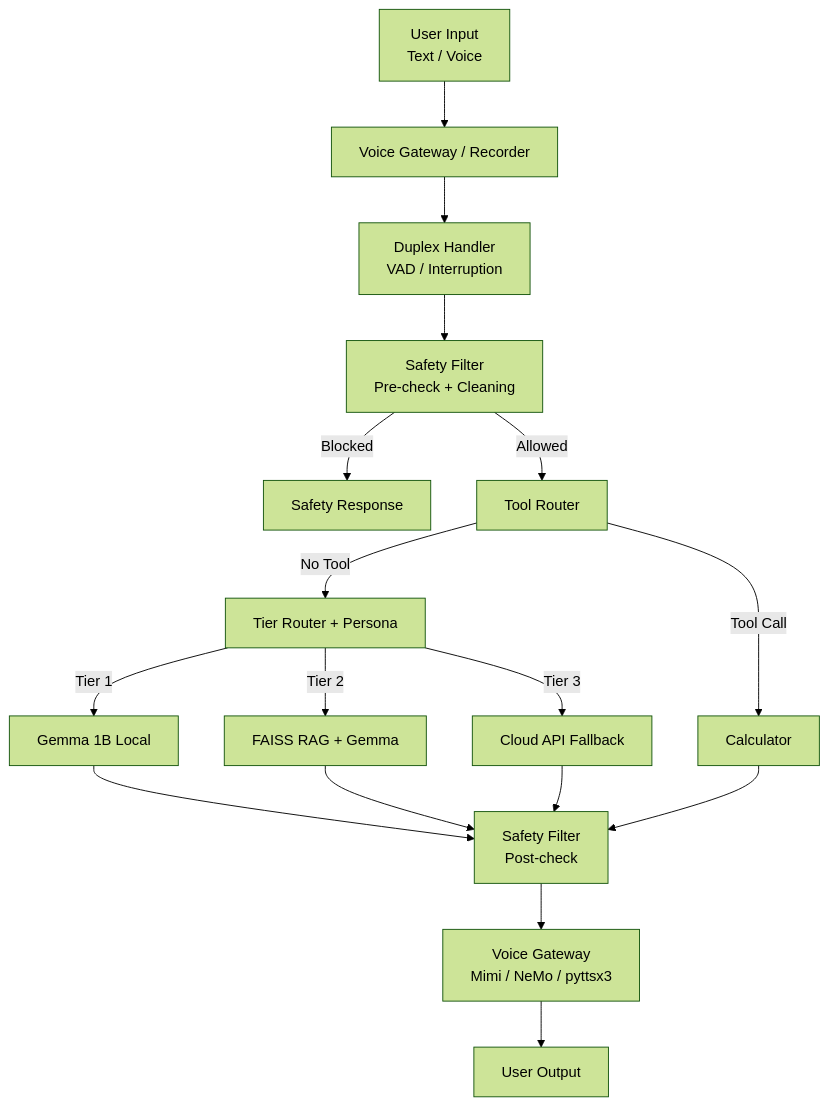
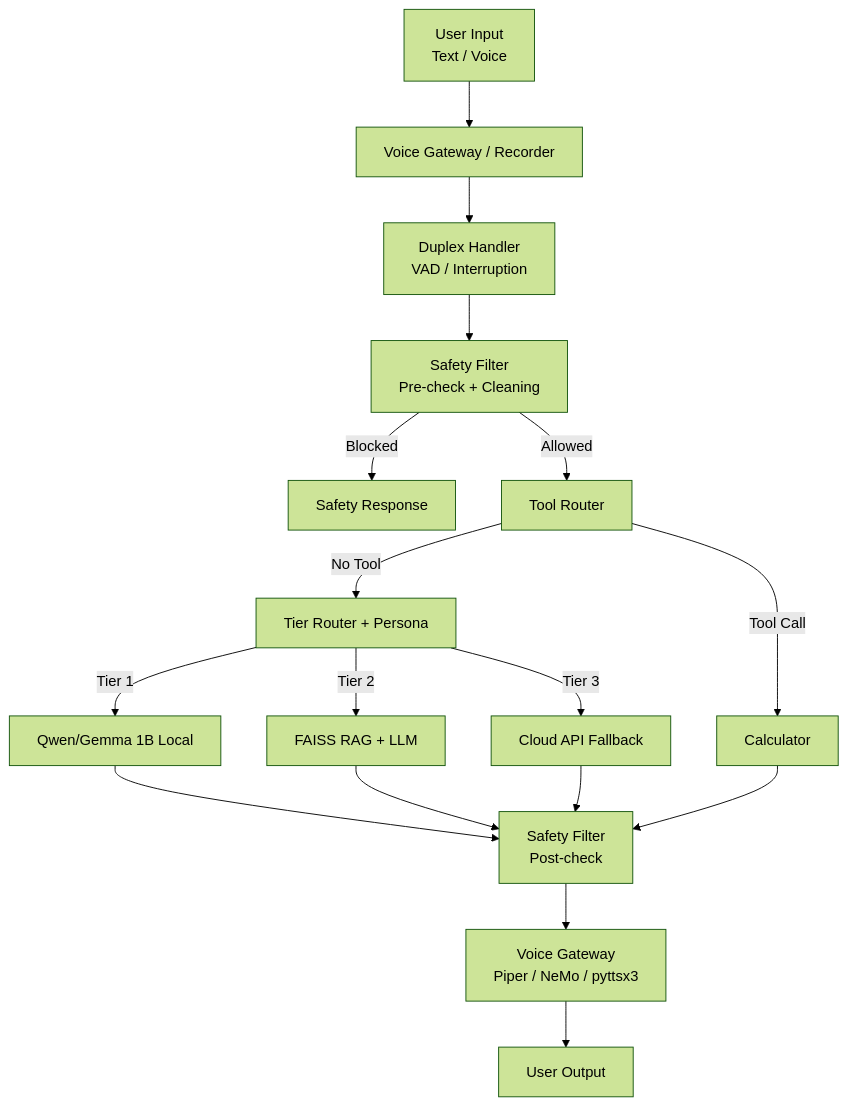
One commit to Alartist40/elara changed the diagram in Architecture.md. Above: the diagram before and after it, drawn with Mermaid (forest theme). The commit also changed other lines of this file and 22 other files, not shown here.

````diff
--- a/Architecture.md
+++ b/Architecture.md
@@ -5,23 +5,23 @@
 ```mermaid
 graph TD
     A[User Input<br/>Text / Voice] --> B[Voice Gateway / Recorder]
     B --> C[Duplex Handler<br/>VAD / Interruption]
     C --> D[Safety Filter<br/>Pre-check + Cleaning]
     D -->|Blocked| X[Safety Response]
     D -->|Allowed| E[Tool Router]
 
     E -->|Tool Call| F[Calculator]
     E -->|No Tool| G[Tier Router + Persona]
 
-    G -->|Tier 1| H[Gemma 1B Local]
-    G -->|Tier 2| I[FAISS RAG + Gemma]
+    G -->|Tier 1| H[Qwen/Gemma 1B Local]
+    G -->|Tier 2| I[FAISS RAG + LLM]
     G -->|Tier 3| J[Cloud API Fallback]
 
     H --> K[Safety Filter<br/>Post-check]
     I --> K
     J --> K
     F --> K
 
-    K --> L[Voice Gateway<br/>Mimi / NeMo / pyttsx3]
+    K --> L[Voice Gateway<br/>Piper / NeMo / pyttsx3]
     L --> M[User Output]
 ```
````
